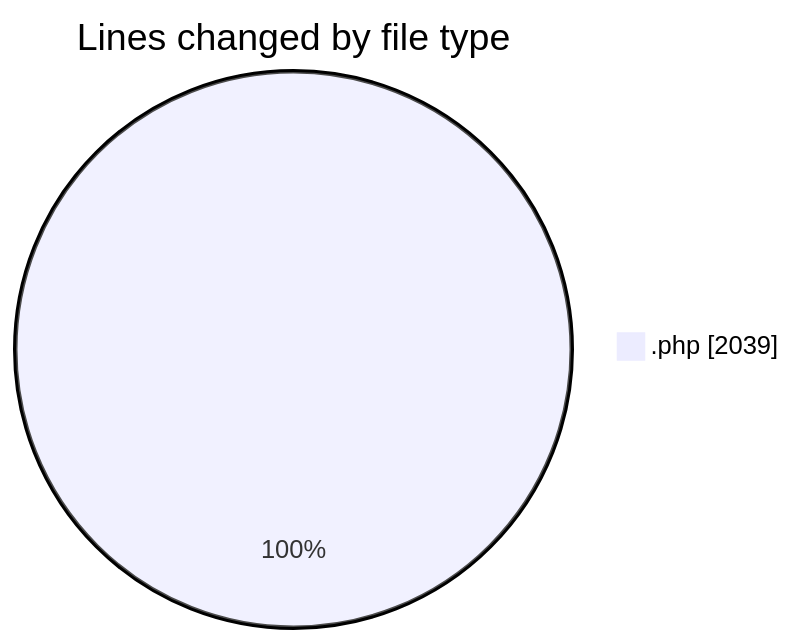
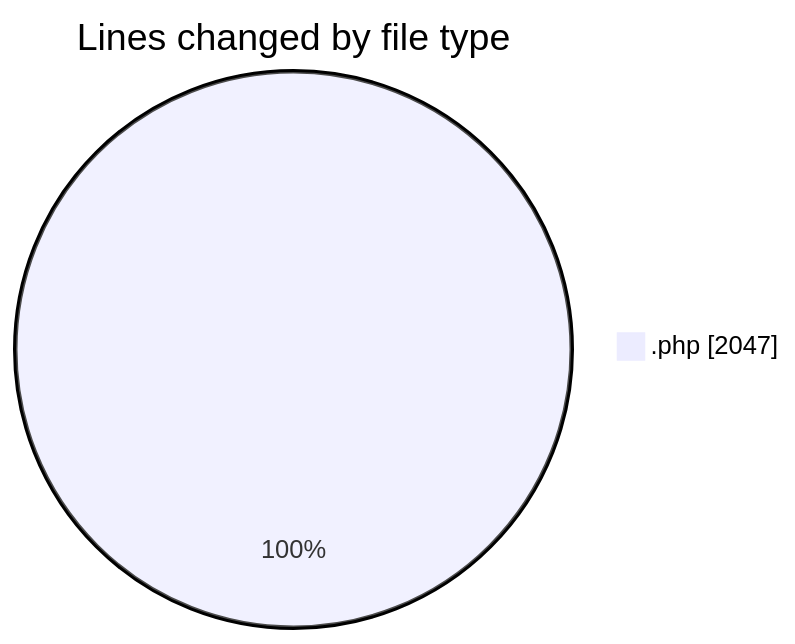
The first of 2 diagrams in 2025-10-02/untitled__workspace_/README.md (debugP/code-tracking), drawn with Mermaid before and after one commit. The commit also changed other lines of this file and 1 other file, not shown here.

````diff
--- a/2025-10-02/untitled__workspace_/README.md
+++ b/2025-10-02/untitled__workspace_/README.md
@@ -21,5 +21,5 @@
 ```mermaid
 pie showData
 title Lines changed by file type
-".php" : 2039
+".php" : 2047
 ```
````
